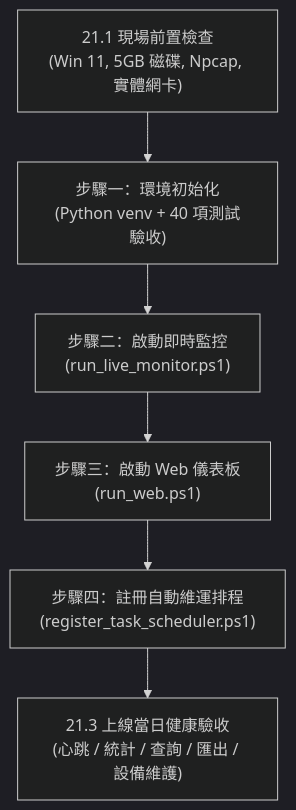
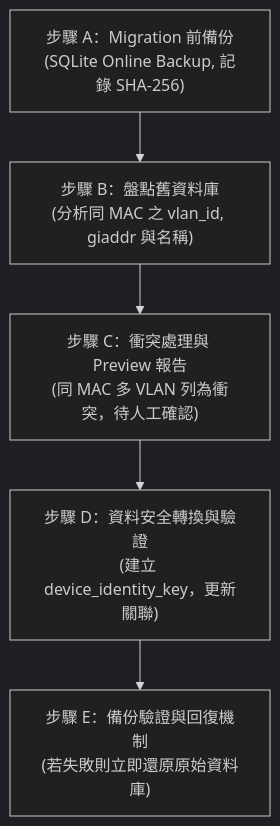
One commit to yamcom/Inner-Network-Analysis changed the second of 2 diagrams in DHCP Analyzer 資料庫與效能優化開發規格書.md. Above: the diagram before and after it, drawn with Mermaid (dark theme). The commit also changed other lines of this file, not shown here.

Commit message:
Rewrite system development markfile(.md) for VLAN implement-ready

````diff
--- a/DHCP Analyzer 資料庫與效能優化開發規格書.md
+++ b/DHCP Analyzer 資料庫與效能優化開發規格書.md
@@ -2380,8 +376,7 @@
 ```mermaid
 flowchart TD
-    PreCheck["21.1 現場前置檢查<br>(Win 11, 5GB 磁碟, Npcap, 實體網卡)"] --> Step1["步驟一：環境初始化<br>(Python venv + 40 項測試驗收)"]
-    Step1 --> Step2["步驟二：啟動即時監控<br>(run_live_monitor.ps1)"]
-    Step2 --> Step3["步驟三：啟動 Web 儀表板<br>(run_web.ps1)"]
-    Step3 --> Step4["步驟四：註冊自動維運排程<br>(register_task_scheduler.ps1)"]
-    Step4 --> Verify["21.3 上線當日健康驗收<br>(心跳 / 統計 / 查詢 / 匯出 / 設備維護)"]
+    StepA["步驟 A：Migration 前備份<br>(SQLite Online Backup, 記錄 SHA-256)"] --> StepB["步驟 B：盤點舊資料庫<br>(分析同 MAC 之 vlan_id, giaddr 與名稱)"]
+    StepB --> StepC["步驟 C：衝突處理與 Preview 報告<br>(同 MAC 多 VLAN 列為衝突，待人工確認)"]
+    StepC --> StepD["步驟 D：資料安全轉換與驗證<br>(建立 device_identity_key，更新關聯)"]
+    StepD --> StepE["步驟 E：備份驗證與回復機制<br>(若失敗則立即還原原始資料庫)"]
 ```
````
